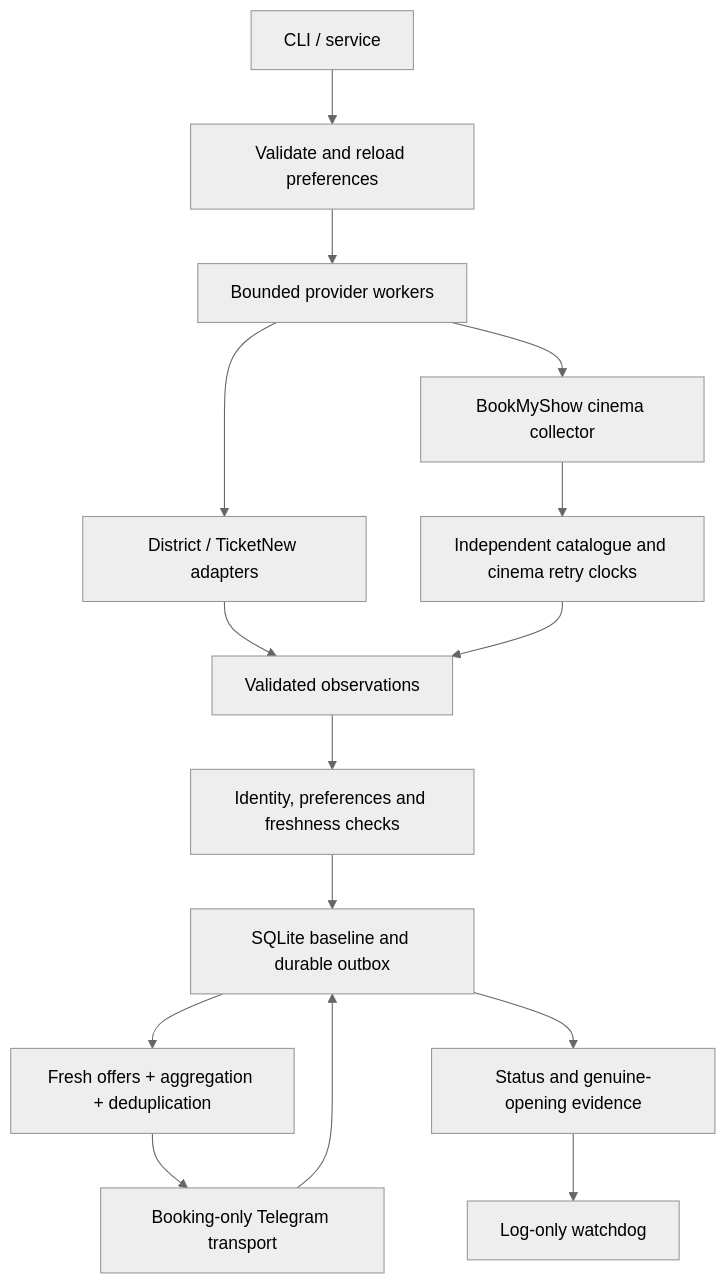
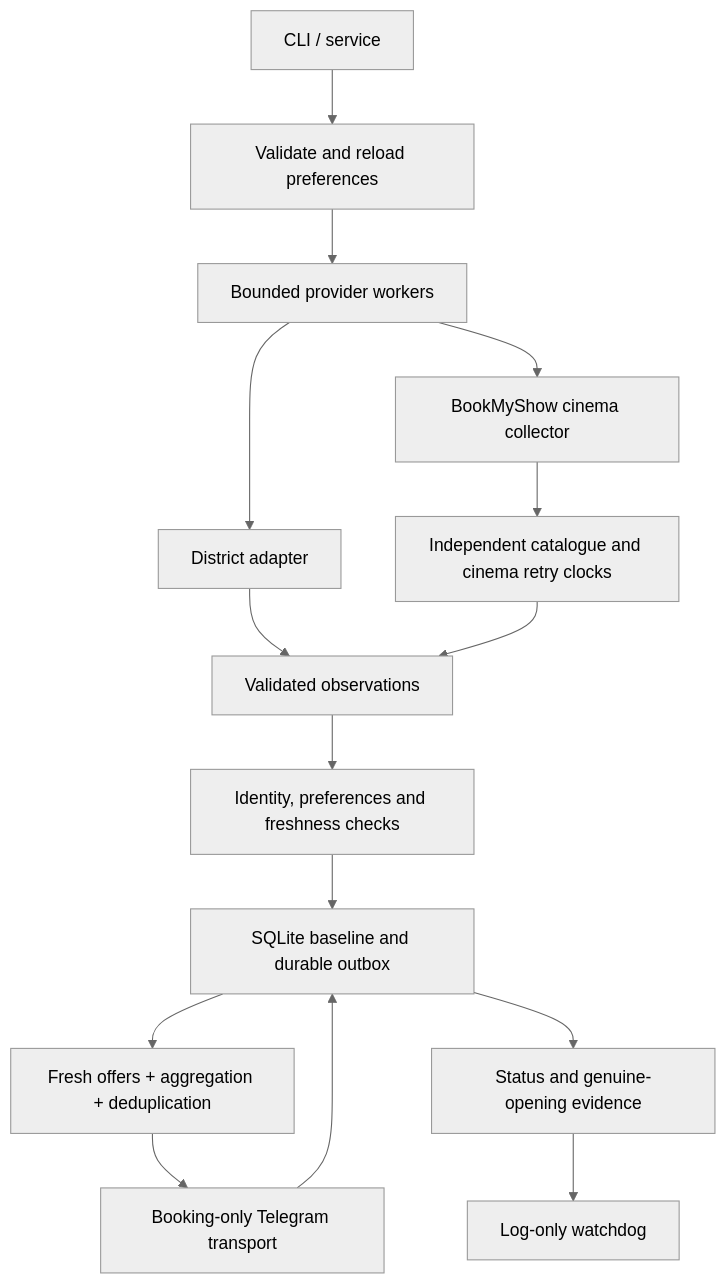
One commit to subash6465/movie-booking changed the diagram in docs/architecture.md. Above: the diagram before and after it, drawn with Mermaid (neutral theme). The commit also changed other lines of this file and 27 other files, not shown here.

````diff
--- a/docs/architecture.md
+++ b/docs/architecture.md
@@ -9,17 +9,17 @@
 ```mermaid
 flowchart TD
     A[CLI / service] --> B[Validate and reload preferences]
     B --> C[Bounded provider workers]
-    C --> D[District / TicketNew adapters]
+    C --> D[District adapter]
     C --> E[BookMyShow cinema collector]
     E --> F[Independent catalogue and cinema retry clocks]
     D --> G[Validated observations]
     F --> G
     G --> H[Identity, preferences and freshness checks]
     H --> I[SQLite baseline and durable outbox]
     I --> J[Fresh offers + aggregation + deduplication]
     J --> K[Booking-only Telegram transport]
     K --> I
     I --> L[Status and genuine-opening evidence]
     L --> M[Log-only watchdog]
 ```
````
